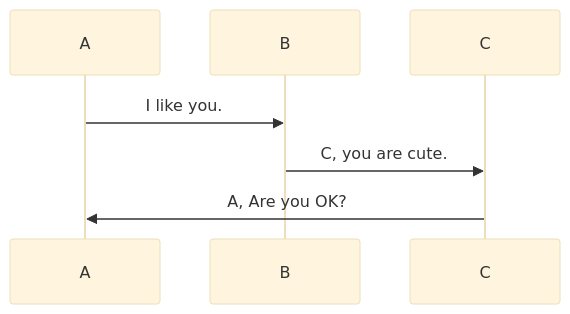
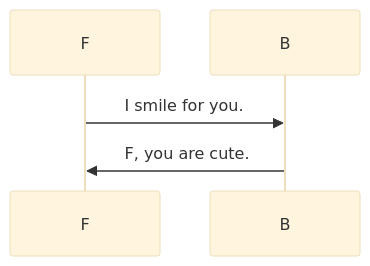
Before and after one commit to RattanArt/Model: the second of 7 diagrams in slideA.md, drawn with Mermaid (base theme). The commit also changed other lines of this file, not shown here.

````diff
--- a/slideA.md
+++ b/slideA.md
@@ -3,6 +22,5 @@
-<div class="mermaid">
- sequenceDiagram
-	A->>B: I like you.
-	B->>C: C, you are cute.
-	C->>A: A, Are you OK?
-</div>	
+```mermaid
+sequenceDiagram
+    F->>B: I smile for you.
+    B->>F:F, you are cute.
+```
````
